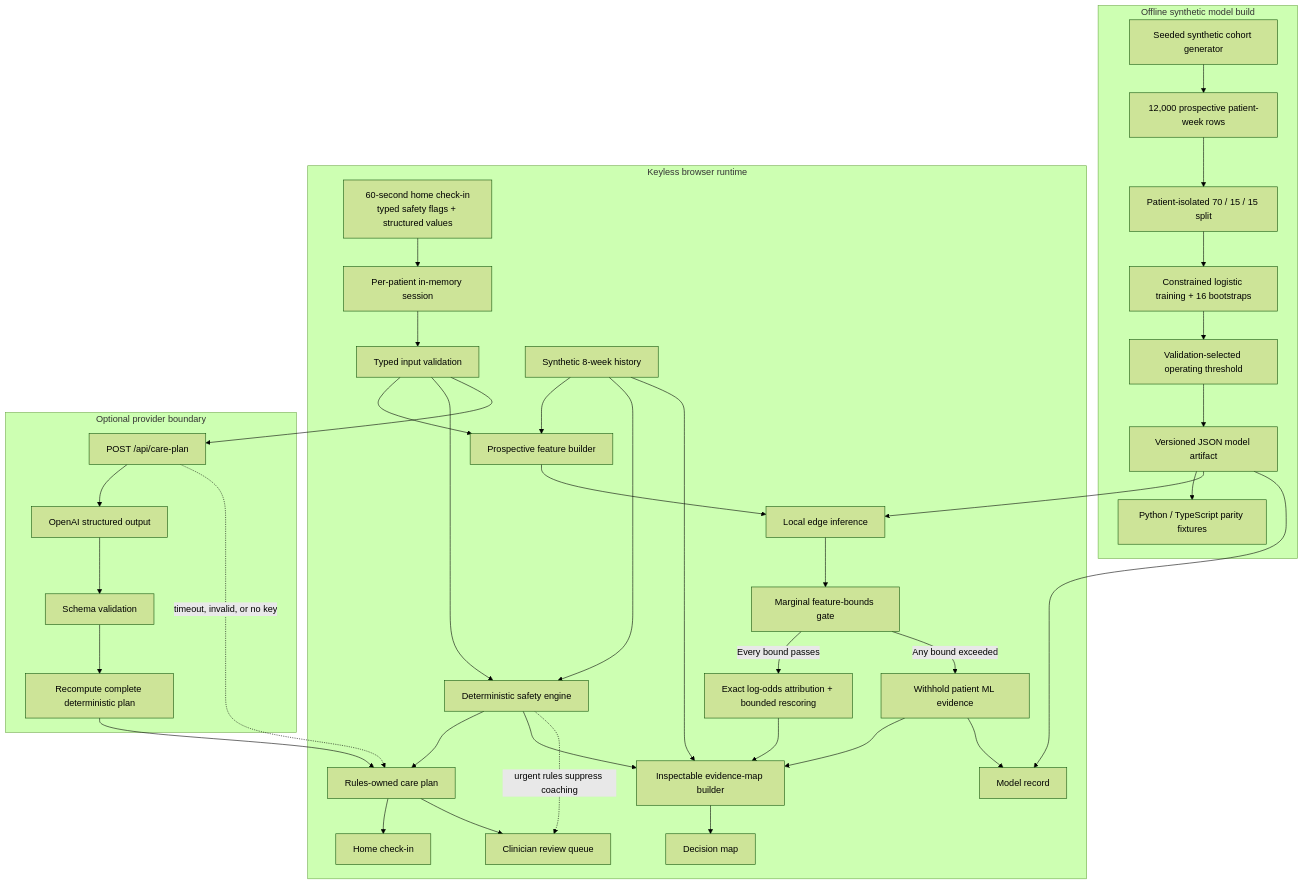
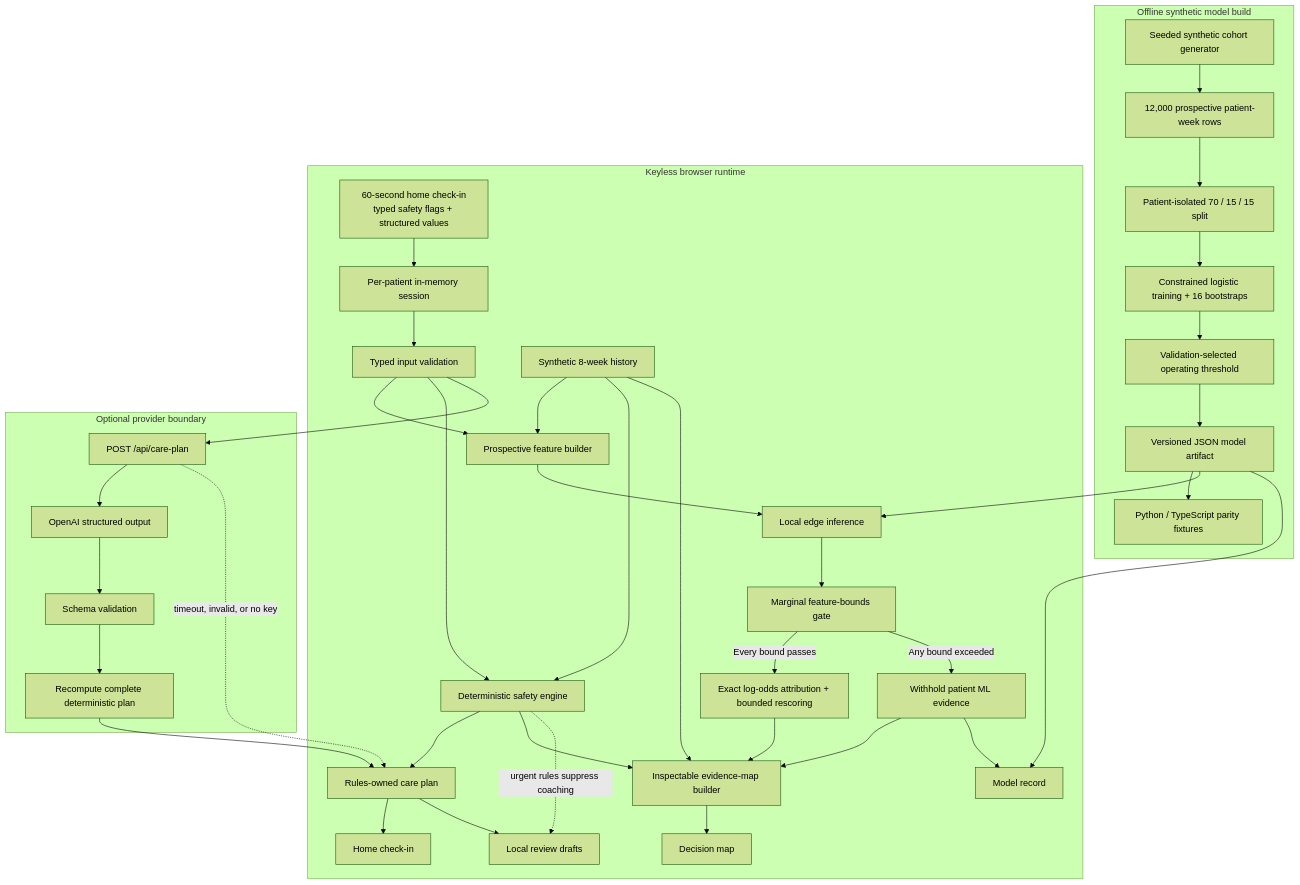
The first of 2 diagrams in docs/architecture.md (kevinmeix1/adherence-os), drawn with Mermaid (forest theme) before and after one commit. The commit also changed other lines of this file and 28 other files, not shown here.

Commit message:
Reframe local review and refresh demo media

````diff
--- a/docs/architecture.md
+++ b/docs/architecture.md
@@ -7,48 +7,48 @@
 ```mermaid
 flowchart TB
     subgraph Build["Offline synthetic model build"]
         Seed["Seeded synthetic cohort generator"] --> Cohort["12,000 prospective patient-week rows"]
         Cohort --> Split["Patient-isolated 70 / 15 / 15 split"]
         Split --> Train["Constrained logistic training + 16 bootstraps"]
         Train --> Select["Validation-selected operating threshold"]
         Select --> Artifact["Versioned JSON model artifact"]
         Artifact --> Parity["Python / TypeScript parity fixtures"]
     end
 
     subgraph Runtime["Keyless browser runtime"]
         CheckIn["60-second home check-in<br/>typed safety flags + structured values"] --> Session["Per-patient in-memory session"]
         Session --> Validate["Typed input validation"]
         History["Synthetic 8-week history"] --> Features["Prospective feature builder"]
         Validate --> Features
         Features --> Model["Local edge inference"]
         Artifact --> Model
         Model --> Support["Marginal feature-bounds gate"]
         Support -->|Every bound passes| Explain["Exact log-odds attribution + bounded rescoring"]
         Support -->|Any bound exceeded| Abstain["Withhold patient ML evidence"]
 
         Validate --> Safety["Deterministic safety engine"]
         History --> Safety
         Safety --> Plan["Rules-owned care plan"]
 
         Explain --> Graph["Inspectable evidence-map builder"]
         Abstain --> Graph
         Safety --> Graph
         History --> Graph
         Graph --> Live["Decision map"]
         Plan --> Patient["Home check-in"]
-        Plan --> Queue["Clinician review queue"]
+        Plan --> Review["Local review drafts"]
         Artifact --> Lab["Model record"]
         Abstain --> Lab
     end
 
     subgraph Optional["Optional provider boundary"]
         API["POST /api/care-plan"] --> LLM["OpenAI structured output"]
         LLM --> Schema["Schema validation"]
         Schema --> Recompute["Recompute complete deterministic plan"]
     end
 
     Validate --> API
     Recompute --> Plan
     API -. "timeout, invalid, or no key" .-> Plan
-    Safety -. "urgent rules suppress coaching" .-> Queue
+    Safety -. "urgent rules suppress coaching" .-> Review
 ```
````
